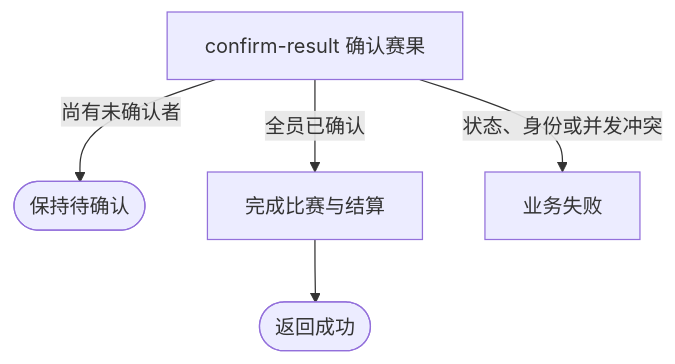
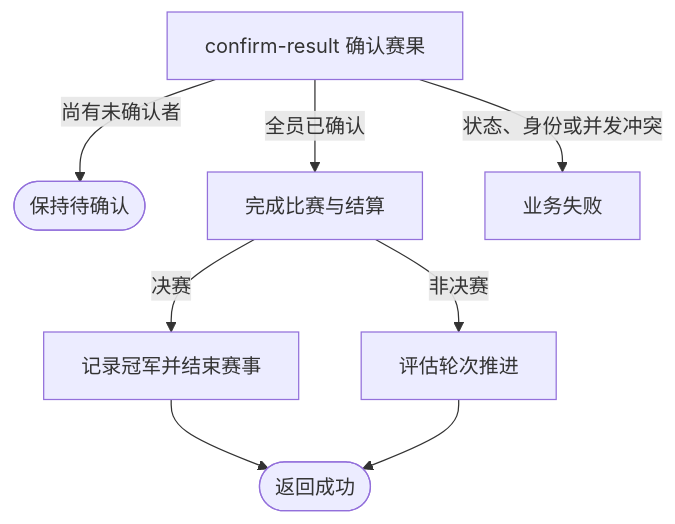
One commit to chxt100016/Rally changed the diagram in blueprint/spec/tournament/result-confirm/confirm-result.md. Above: the diagram before and after it, drawn with Mermaid. The commit also changed other lines of this file and 170 other files, not shown here.

````diff
--- a/blueprint/spec/tournament/result-confirm/confirm-result.md
+++ b/blueprint/spec/tournament/result-confirm/confirm-result.md
@@ -25,7 +25,10 @@
 ```mermaid
 flowchart TD
     A[confirm-result 确认赛果] -->|尚有未确认者| W([保持待确认])
     A -->|全员已确认| C[完成比赛与结算]
+    C -->|决赛| F[记录冠军并结束赛事]
+    C -->|非决赛| R[评估轮次推进]
     A -->|状态、身份或并发冲突| E[业务失败]
-    C --> S([返回成功])
+    F --> S([返回成功])
+    R --> S
 ```
````
